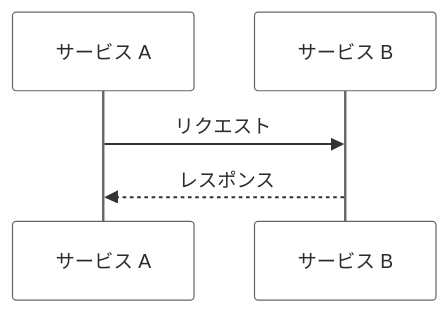
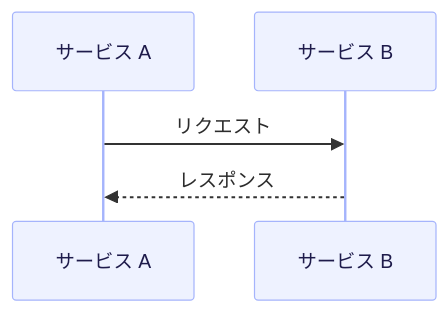
The second of 3 diagrams in skills/claude/gospelo-mermaid-plus/references/color-scheme.md (gospelo-dev/mermaid-plus), drawn with Mermaid before and after one commit. The commit also changed other lines of this file and 8 other files, not shown here.

````diff
--- a/skills/claude/gospelo-mermaid-plus/references/color-scheme.md
+++ b/skills/claude/gospelo-mermaid-plus/references/color-scheme.md
@@ -188,9 +198,9 @@
 ```mermaid
-%%{init: {'theme': 'base', 'themeVariables': {'actorBkg': '#FFFFFF', 'actorBorder': '#666666', 'actorTextColor': '#2C2C2C', 'signalColor': '#333333', 'signalTextColor': '#2C2C2C', 'noteBkgColor': '#FFFFFF', 'noteBorderColor': '#C7C7F1', 'noteTextColor': '#2C2C2C', 'activationBkgColor': '#F4F4F5', 'activationBorderColor': '#D4D4D8', 'loopTextColor': '#2C2C2C', 'labelBoxBkgColor': '#FFFFFF', 'labelBoxBorderColor': '#C7C7F1', 'labelTextColor': '#2C2C2C'}}}%%
+%%{init: {'theme': 'base', 'themeVariables': {'actorBkg': '#EEF2FF', 'actorBorder': '#A5B4FC', 'actorTextColor': '#1E1B4B', 'signalColor': '#333333', 'signalTextColor': '#2C2C2C', 'noteBkgColor': '#FFFFFF', 'noteBorderColor': '#C7C7F1', 'noteTextColor': '#1E1B4B', 'activationBkgColor': '#EEF2FF', 'activationBorderColor': '#A5B4FC', 'loopTextColor': '#2C2C2C', 'labelBoxBkgColor': '#FFFFFF', 'labelBoxBorderColor': '#C7C7F1', 'labelTextColor': '#1E1B4B'}}}%%
 sequenceDiagram
     participant A as サービス A
     participant B as サービス B
 
     A->>B: リクエスト
     B-->>A: レスポンス
 ```
````
